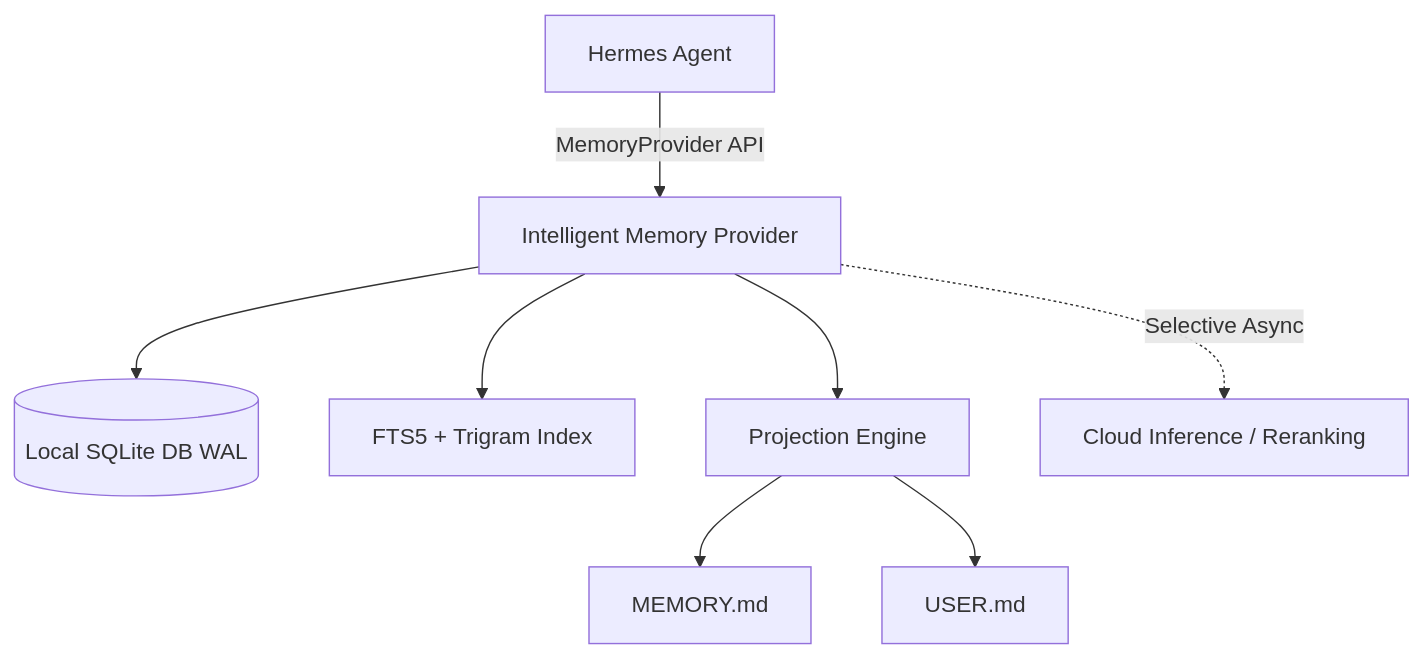
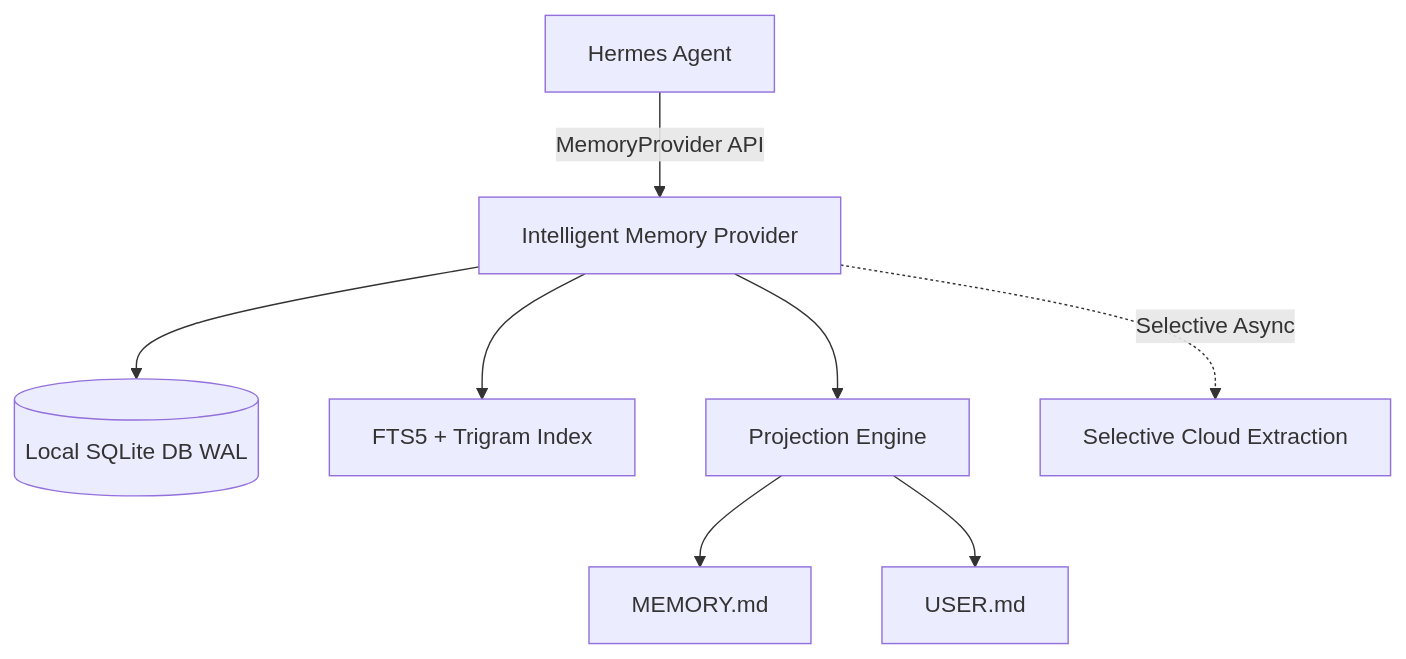
Before and after one commit to hoysama/hermes-intelligent-memory: the diagram in README.ar.md, drawn with Mermaid. The commit also changed other lines of this file and 24 other files, not shown here.

````diff
--- a/README.ar.md
+++ b/README.ar.md
@@ -33,10 +36,10 @@
 ```mermaid
 graph TD
     A[Hermes Agent] -->|MemoryProvider API| B[Intelligent Memory Provider]
     B --> C[(Local SQLite DB WAL)]
     B --> D[FTS5 + Trigram Index]
     B --> E[Projection Engine]
     E --> F[MEMORY.md]
     E --> G[USER.md]
-    B -.->|Selective Async| H[Cloud Inference / Reranking]
+    B -.->|Selective Async| H[Selective Cloud Extraction]
 ```
````
